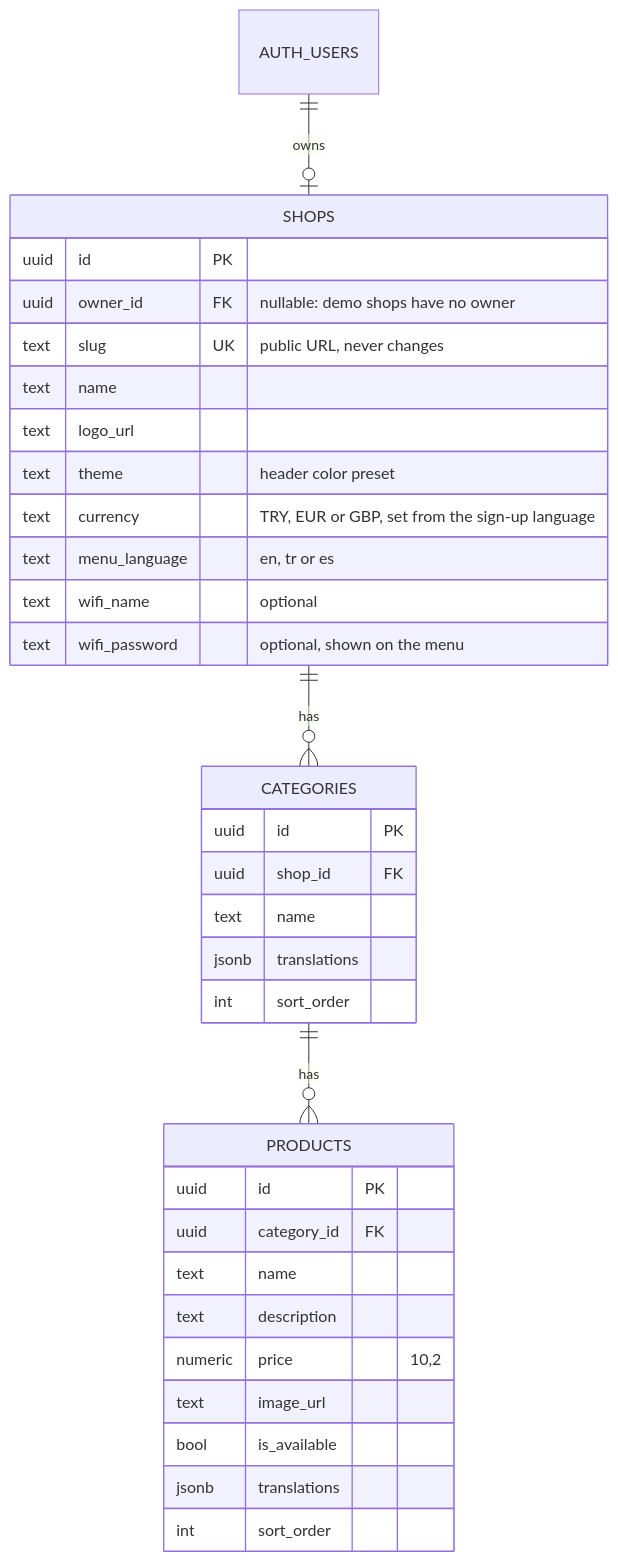
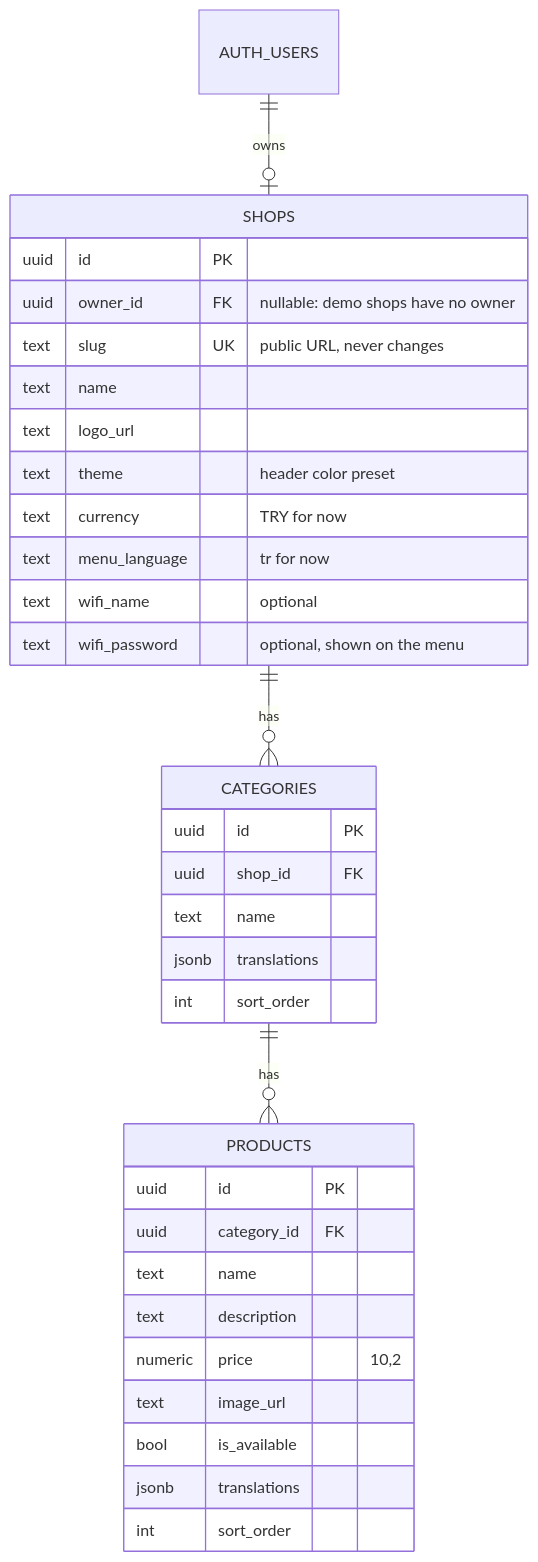
The second of 2 diagrams in README.md (huseyincansoylu/okut), drawn with Mermaid before and after one commit. The commit also changed other lines of this file and 56 other files, not shown here.

````diff
--- a/README.md
+++ b/README.md
@@ -74,37 +73,37 @@
 ```mermaid
 erDiagram
     AUTH_USERS ||--o| SHOPS : owns
     SHOPS ||--o{ CATEGORIES : has
     CATEGORIES ||--o{ PRODUCTS : has
 
     SHOPS {
         uuid id PK
         uuid owner_id FK "nullable: demo shops have no owner"
         text slug UK "public URL, never changes"
         text name
         text logo_url
         text theme "header color preset"
-        text currency "TRY, EUR or GBP, set from the sign-up language"
-        text menu_language "en, tr or es"
+        text currency "TRY for now"
+        text menu_language "tr for now"
         text wifi_name "optional"
         text wifi_password "optional, shown on the menu"
     }
     CATEGORIES {
         uuid id PK
         uuid shop_id FK
         text name
         jsonb translations
         int sort_order
     }
     PRODUCTS {
         uuid id PK
         uuid category_id FK
         text name
         text description
         numeric price "10,2"
         text image_url
         bool is_available
         jsonb translations
         int sort_order
     }
 ```
````
